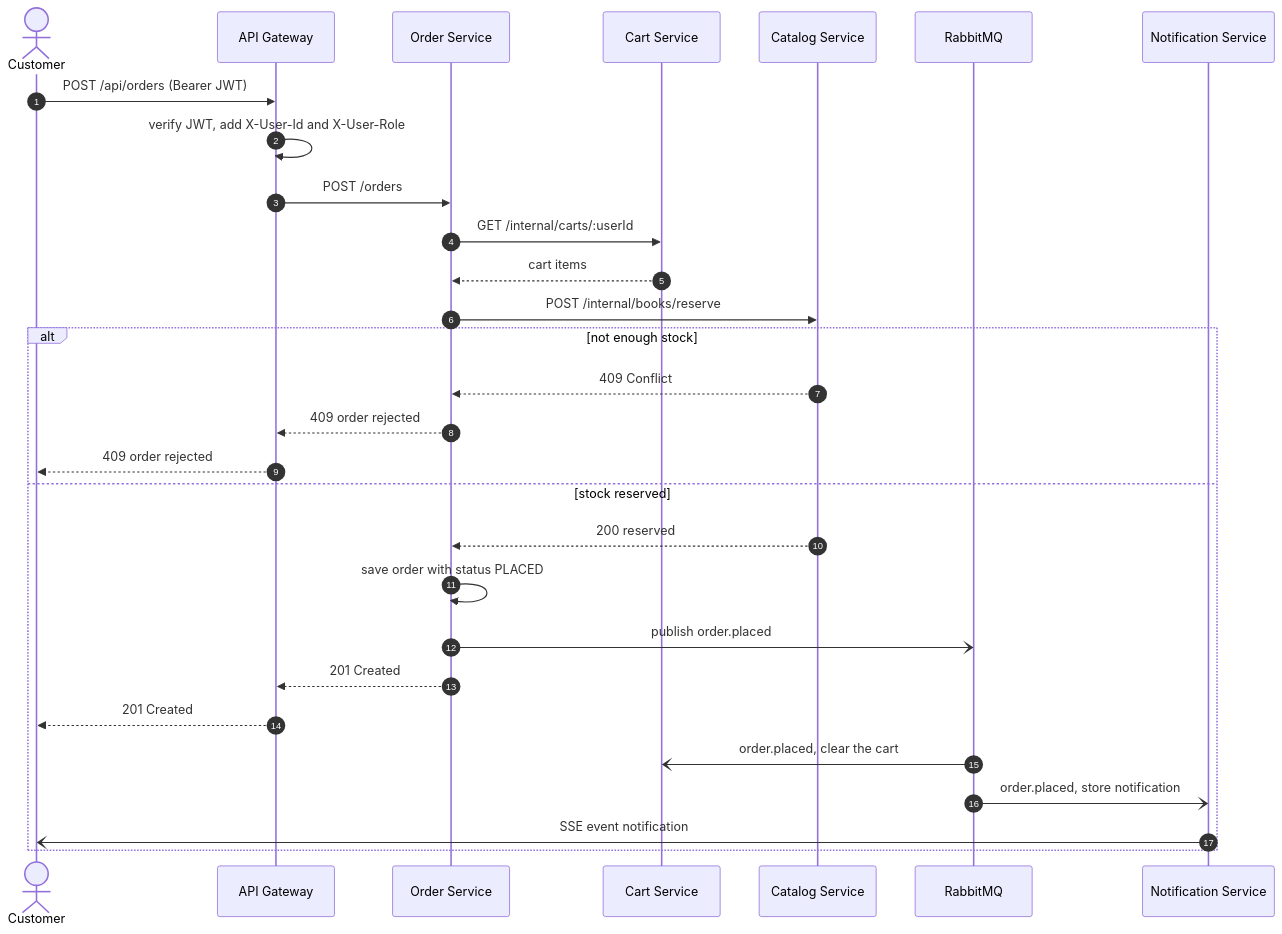
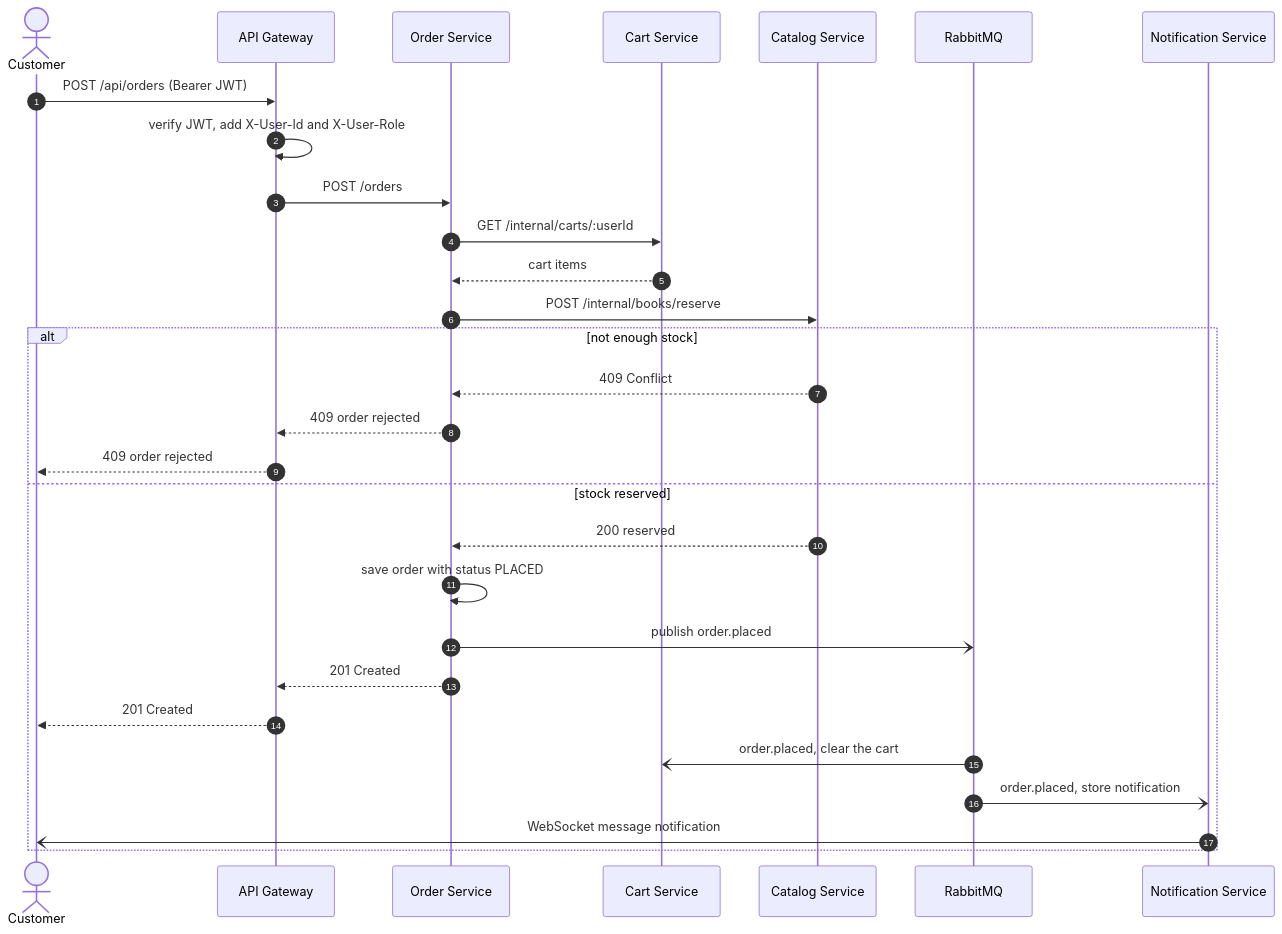
One commit to karansengar1/online-bookstore-microservices changed the diagram in project/docs/diagrams/place-order-sequence.mmd. Above: the diagram before and after it, drawn with Mermaid. The commit also changed 13 other files, not shown here.

Commit message:
Update documentation: WebSocket, new overview, diagrams

```diff
--- a/project/docs/diagrams/place-order-sequence.mmd
+++ b/project/docs/diagrams/place-order-sequence.mmd
@@ -1,29 +1,29 @@
 sequenceDiagram
   autonumber
   actor C as Customer
   participant GW as API Gateway
   participant OS as Order Service
   participant CRT as Cart Service
   participant CS as Catalog Service
   participant MQ as RabbitMQ
   participant NS as Notification Service
   C->>GW: POST /api/orders (Bearer JWT)
   GW->>GW: verify JWT, add X-User-Id and X-User-Role
   GW->>OS: POST /orders
   OS->>CRT: GET /internal/carts/:userId
   CRT-->>OS: cart items
   OS->>CS: POST /internal/books/reserve
   alt not enough stock
     CS-->>OS: 409 Conflict
     OS-->>GW: 409 order rejected
     GW-->>C: 409 order rejected
   else stock reserved
     CS-->>OS: 200 reserved
     OS->>OS: save order with status PLACED
     OS-)MQ: publish order.placed
     OS-->>GW: 201 Created
     GW-->>C: 201 Created
     MQ-)CRT: order.placed, clear the cart
     MQ-)NS: order.placed, store notification
-    NS-)C: SSE event notification
+    NS-)C: WebSocket message notification
   end
```
